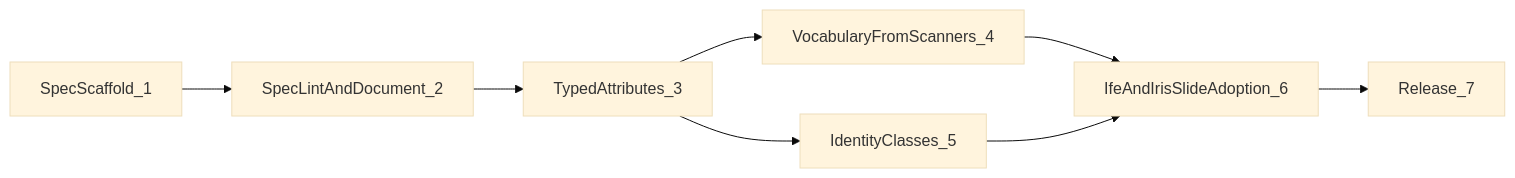
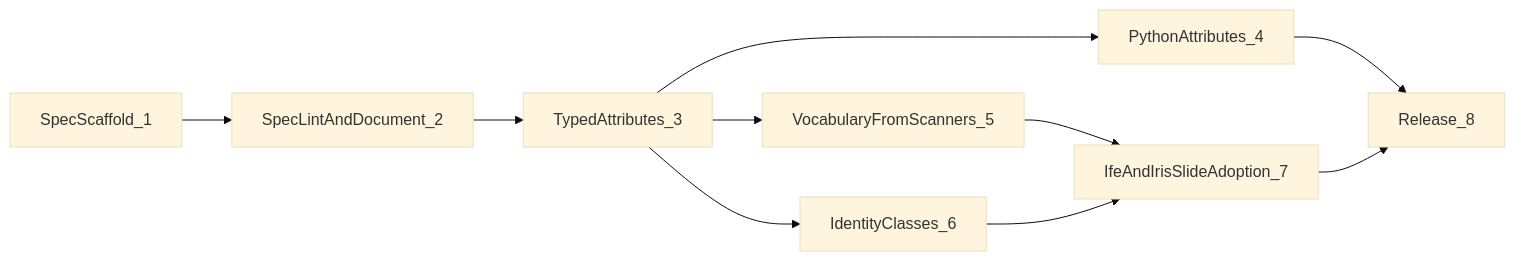
The diagram in development/WBS.md (Aptix-Bio/Iris-Interoperability-Specification), drawn with Mermaid (base theme) before and after one commit. The commit also changed other lines of this file and 14 other files, not shown here.

First line of the commit message:
TypedAttributes_3: typed key constants and I2S::Attributes, an adapter for IFE's attribute pairs

````diff
--- a/development/WBS.md
+++ b/development/WBS.md
@@ -30,10 +30,12 @@
 ```mermaid
 flowchart LR
     S1["SpecScaffold_1"] --> S2["SpecLintAndDocument_2"]
     S2 --> S3["TypedAttributes_3"]
-    S3 --> S4["VocabularyFromScanners_4"]
-    S3 --> S5["IdentityClasses_5"]
-    S4 --> S6["IfeAndIrisSlideAdoption_6"]
-    S5 --> S6
-    S6 --> S7["Release_7"]
+    S3 --> S4["PythonAttributes_4"]
+    S3 --> S5["VocabularyFromScanners_5"]
+    S3 --> S6["IdentityClasses_6"]
+    S5 --> S7["IfeAndIrisSlideAdoption_7"]
+    S6 --> S7
+    S4 --> S8["Release_8"]
+    S7 --> S8
 ```
````
